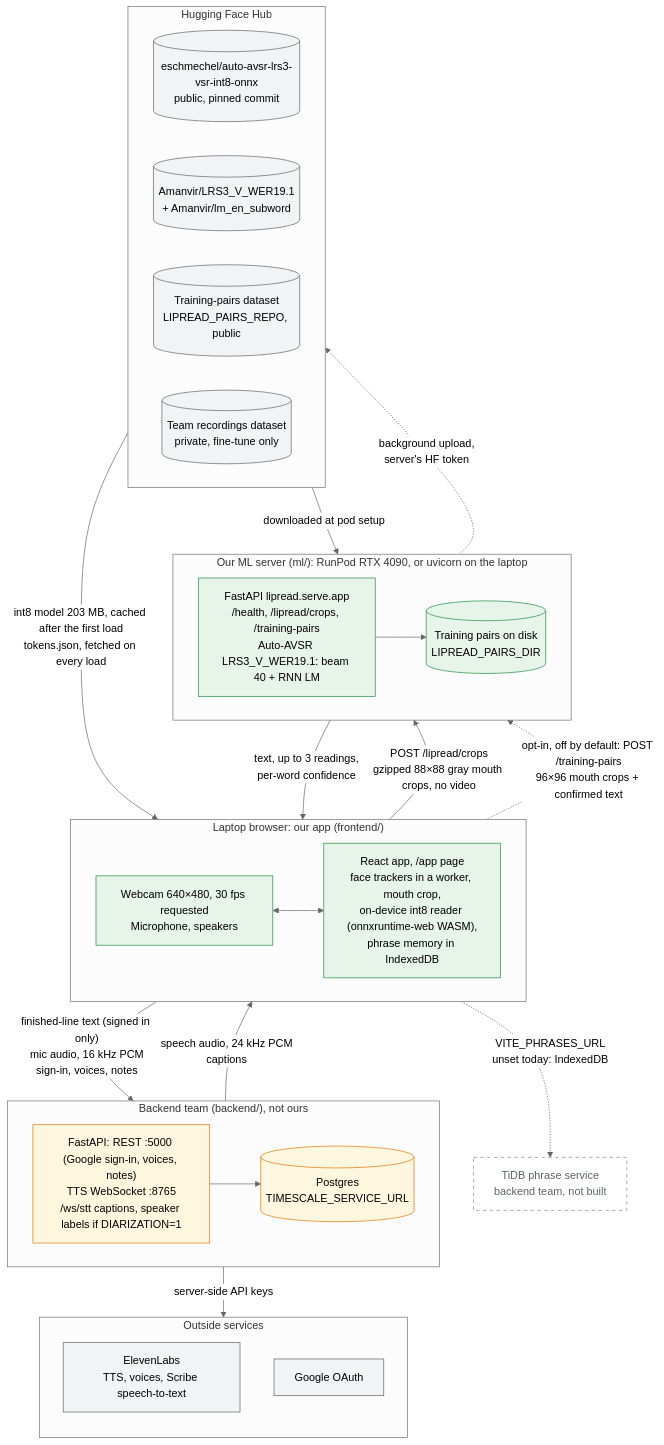
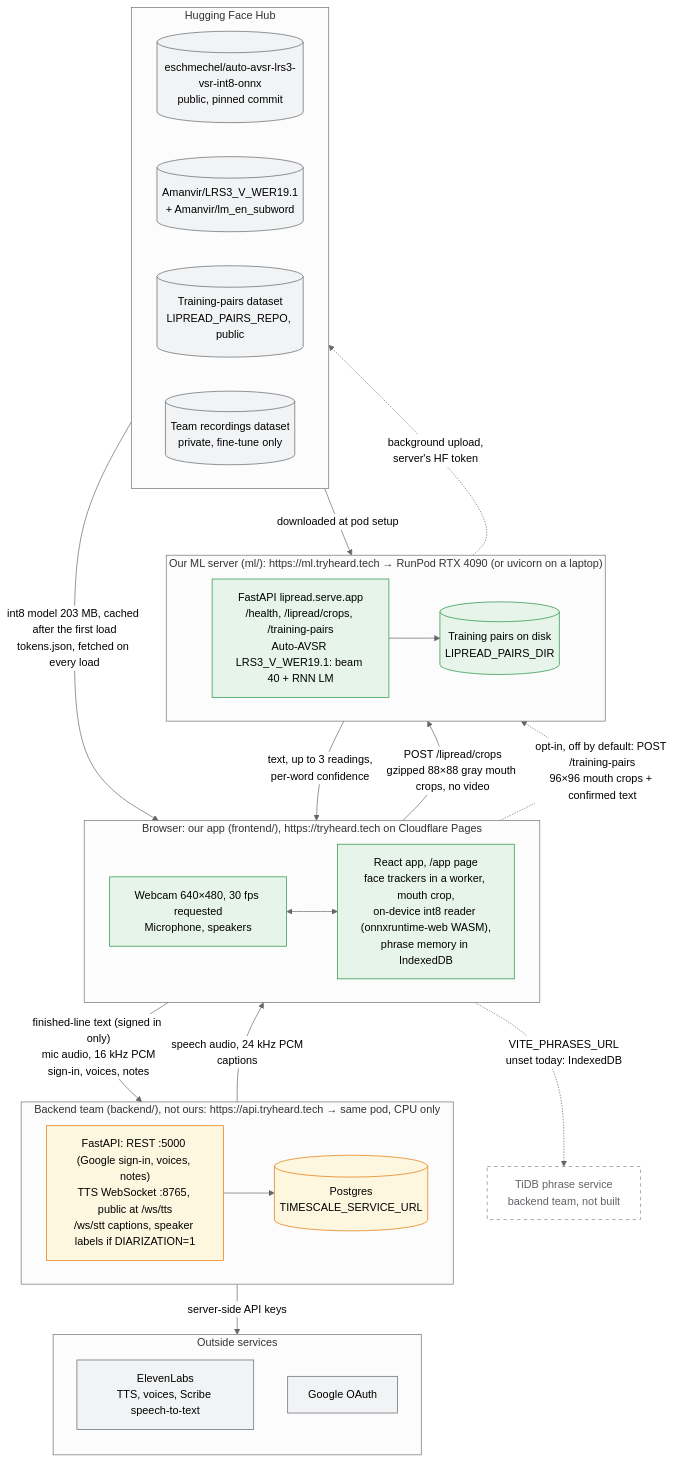
One commit to LMSAIH/stormhacks2026 changed the diagram in docs/architecture/system.md. Above: the diagram before and after it, drawn with Mermaid (neutral theme). The commit also changed other lines of this file and 5 other files, not shown here.

First line of the commit message:
docs(deploy): tryheard.tech runbook, deploy record (D91-D94), diagrams; e2e eval can sign in

````diff
--- a/docs/architecture/system.md
+++ b/docs/architecture/system.md
@@ -9,59 +12,59 @@
 ```mermaid
 flowchart TB
-  subgraph browser["Laptop browser: our app (frontend/)"]
+  subgraph browser["Browser: our app (frontend/), https://tryheard.tech on Cloudflare Pages"]
     direction LR
     io["Webcam 640×480, 30 fps requested<br/>Microphone, speakers"]
     app["React app, /app page<br/>face trackers in a worker, mouth crop,<br/>on-device int8 reader (onnxruntime-web WASM),<br/>phrase memory in IndexedDB"]
     io <--> app
   end
 
-  subgraph ml["Our ML server (ml/): RunPod RTX 4090, or uvicorn on the laptop"]
+  subgraph ml["Our ML server (ml/): https://ml.tryheard.tech → RunPod RTX 4090 (or uvicorn on a laptop)"]
     direction LR
     api["FastAPI lipread.serve.app<br/>/health, /lipread/crops, /training-pairs<br/>Auto-AVSR LRS3_V_WER19.1: beam 40 + RNN LM"]
     pairs[("Training pairs on disk<br/>LIPREAD_PAIRS_DIR")]
     api --> pairs
   end
 
-  subgraph be["Backend team (backend/), not ours"]
+  subgraph be["Backend team (backend/), not ours: https://api.tryheard.tech → same pod, CPU only"]
     direction LR
-    backend["FastAPI: REST :5000 (Google sign-in, voices, notes)<br/>TTS WebSocket :8765<br/>/ws/stt captions, speaker labels if DIARIZATION=1"]
+    backend["FastAPI: REST :5000 (Google sign-in, voices, notes)<br/>TTS WebSocket :8765, public at /ws/tts<br/>/ws/stt captions, speaker labels if DIARIZATION=1"]
     db[("Postgres<br/>TIMESCALE_SERVICE_URL")]
     backend --> db
   end
 
   subgraph hf["Hugging Face Hub"]
     direction LR
     model[("eschmechel/auto-avsr-lrs3-vsr-int8-onnx<br/>public, pinned commit")]
     ckpt[("Amanvir/LRS3_V_WER19.1<br/>+ Amanvir/lm_en_subword")]
     pairsds[("Training-pairs dataset<br/>LIPREAD_PAIRS_REPO, public")]
     recds[("Team recordings dataset<br/>private, fine-tune only")]
   end
 
   subgraph ext["Outside services"]
     direction TB
     el["ElevenLabs<br/>TTS, voices, Scribe speech-to-text"]
     google["Google OAuth"]
   end
 
   tidb["TiDB phrase service<br/>backend team, not built"]
 
   model -->|"int8 model 203 MB, cached after the first load<br/>tokens.json, fetched on every load"| app
   app -->|"POST /lipread/crops<br/>gzipped 88×88 gray mouth crops, no video"| api
   api -->|"text, up to 3 readings,<br/>per-word confidence"| app
   app -.->|"opt-in, off by default: POST /training-pairs<br/>96×96 mouth crops + confirmed text"| api
   pairs -.->|"background upload,<br/>server's HF token"| pairsds
   ckpt -->|"downloaded at pod setup"| api
   app -->|"finished-line text (signed in only)<br/>mic audio, 16 kHz PCM<br/>sign-in, voices, notes"| backend
   backend -->|"speech audio, 24 kHz PCM<br/>captions"| app
   backend -->|"server-side API keys"| ext
   app -.->|"VITE_PHRASES_URL<br/>unset today: IndexedDB"| tidb
 
   classDef ours fill:#e6f4ea,stroke:#1e8e3e,color:#000
   classDef backendteam fill:#fef7e0,stroke:#e37400,color:#000
   classDef outside fill:#f1f3f4,stroke:#5f6368,color:#000
   classDef planned fill:#ffffff,stroke:#80868b,stroke-dasharray:5 5,color:#5f6368
   class io,app,api,pairs ours
   class backend,db backendteam
   class el,google,model,ckpt,pairsds,recds outside
   class tidb planned
 ```
````
